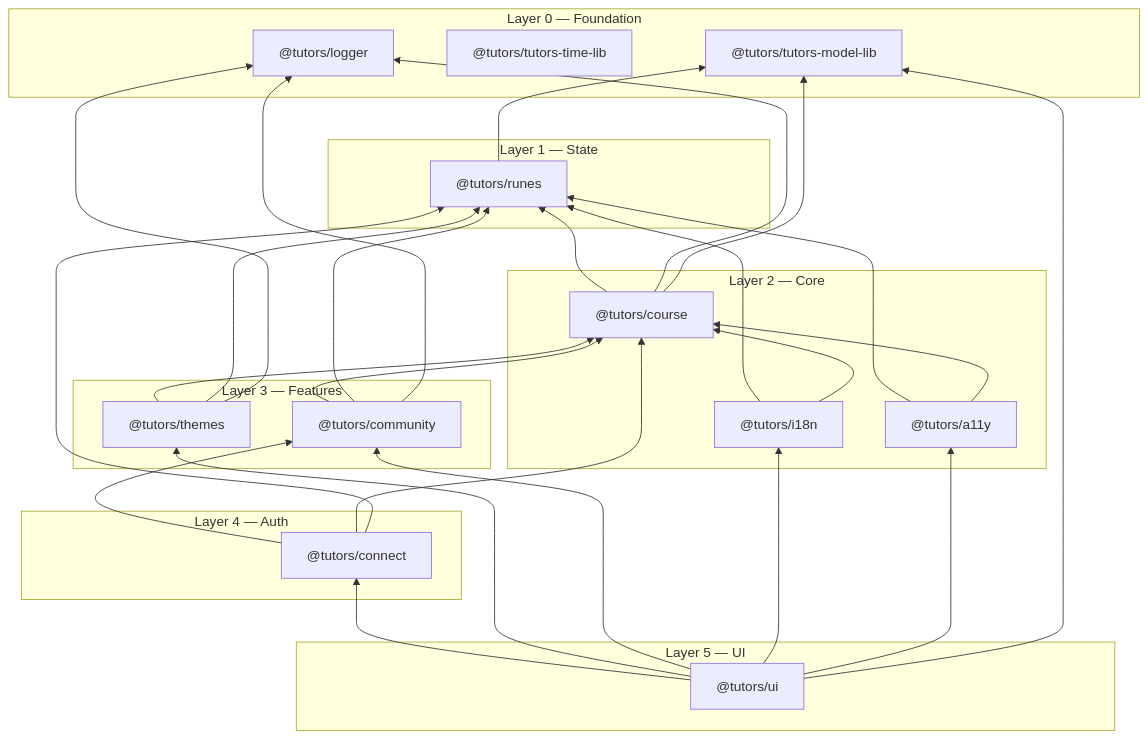
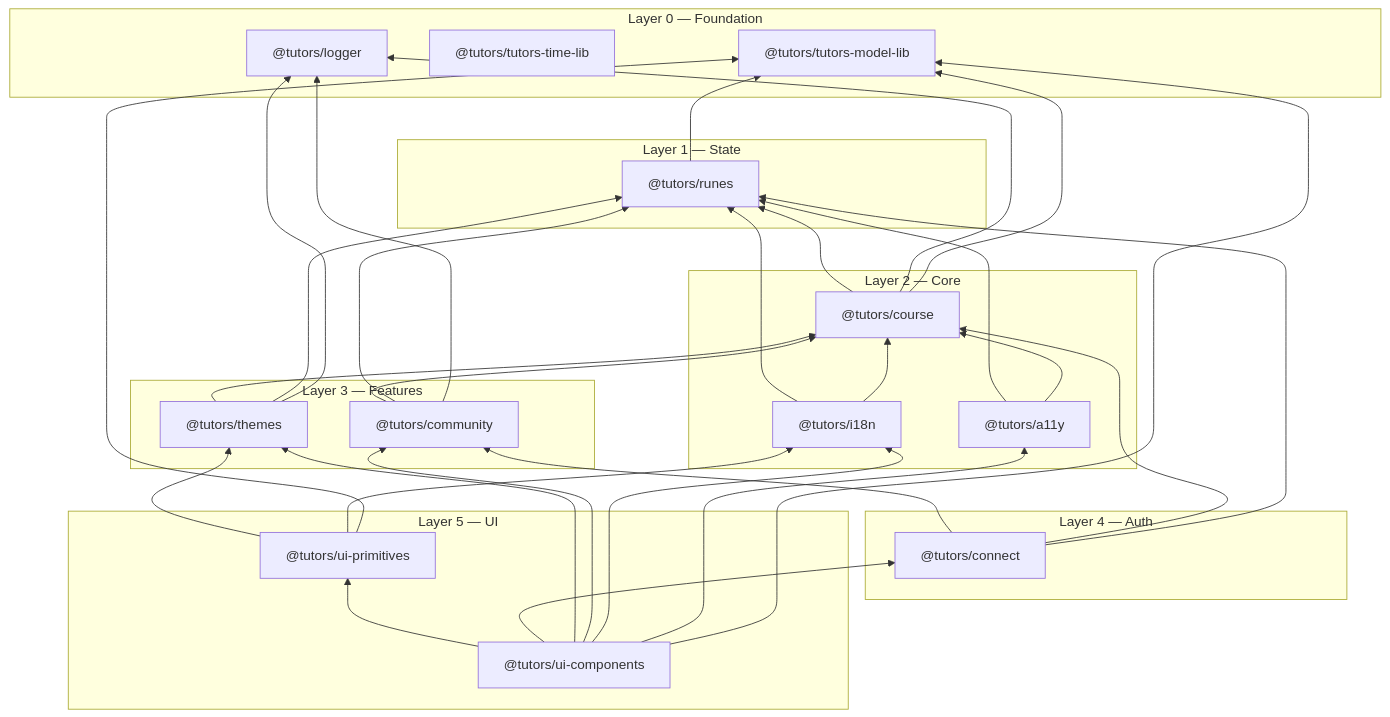
Before and after one commit to tutors-sdk/workshop-2024: the fifth of 13 diagrams in unit-4-implement/note-architecture/note-architecture.md, drawn with Mermaid. The commit also changed other lines of this file, not shown here.

Commit message:
update diagrams

````diff
--- a/unit-4-implement/note-architecture/note-architecture.md
+++ b/unit-4-implement/note-architecture/note-architecture.md
@@ -593,55 +595,60 @@
 ```mermaid
 graph BT
   subgraph "Layer 0 — Foundation"
     model_lib["@tutors/tutors-model-lib"]
     time_lib["@tutors/tutors-time-lib"]
     logger["@tutors/logger"]
   end
 
   subgraph "Layer 1 — State"
     runes["@tutors/runes"]
   end
 
   subgraph "Layer 2 — Core"
     course["@tutors/course"]
     a11y["@tutors/a11y"]
     i18n["@tutors/i18n"]
   end
 
   subgraph "Layer 3 — Features"
     themes["@tutors/themes"]
     community["@tutors/community"]
   end
 
   subgraph "Layer 4 — Auth"
     connect["@tutors/connect"]
   end
 
   subgraph "Layer 5 — UI"
-    ui["@tutors/ui"]
+    ui_prim["@tutors/ui-primitives"]
+    ui_comp["@tutors/ui-components"]
   end
 
   runes --> model_lib
   course --> runes
   course --> logger
   course --> model_lib
   a11y --> runes
   a11y --> course
   i18n --> runes
   i18n --> course
   themes --> course
   themes --> runes
   themes --> logger
   community --> course
   community --> runes
   community --> logger
   connect --> community
   connect --> course
   connect --> runes
-  ui --> connect
-  ui --> themes
-  ui --> community
-  ui --> i18n
-  ui --> a11y
-  ui --> model_lib
+  ui_prim --> themes
+  ui_prim --> i18n
+  ui_prim --> model_lib
+  ui_comp --> ui_prim
+  ui_comp --> connect
+  ui_comp --> themes
+  ui_comp --> community
+  ui_comp --> i18n
+  ui_comp --> a11y
+  ui_comp --> model_lib
 ```
````
